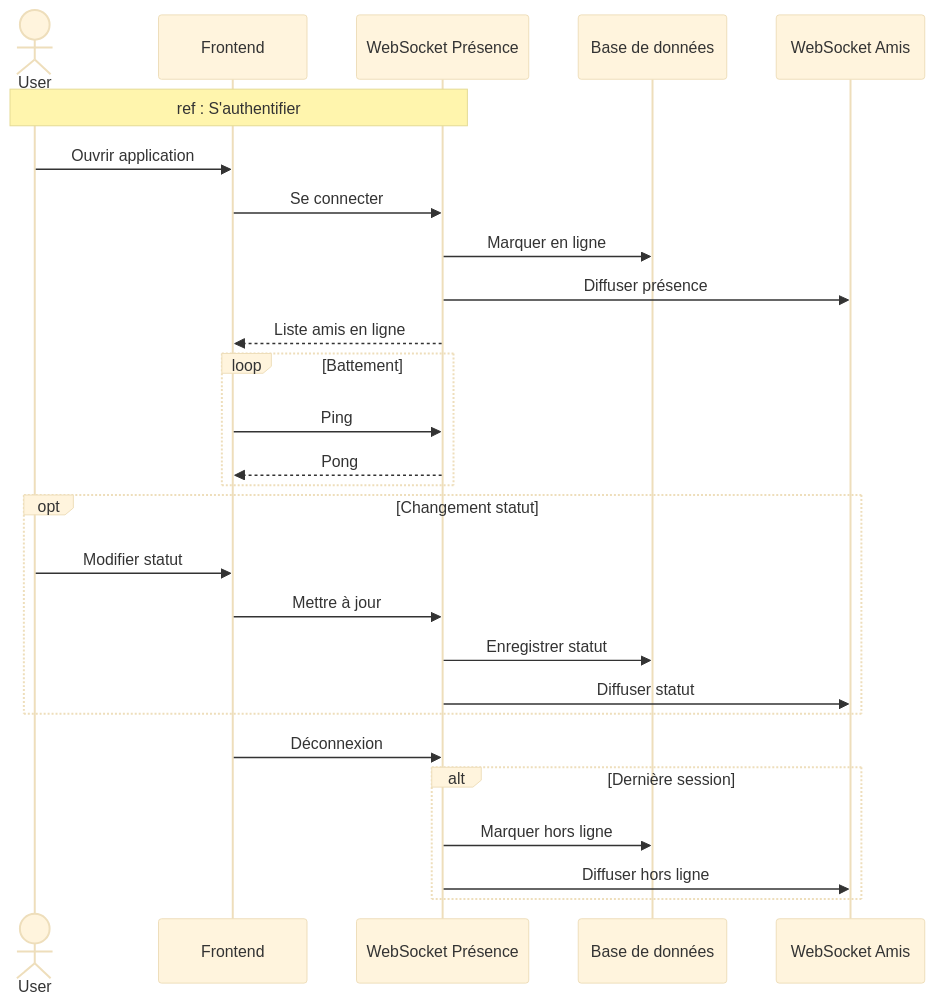
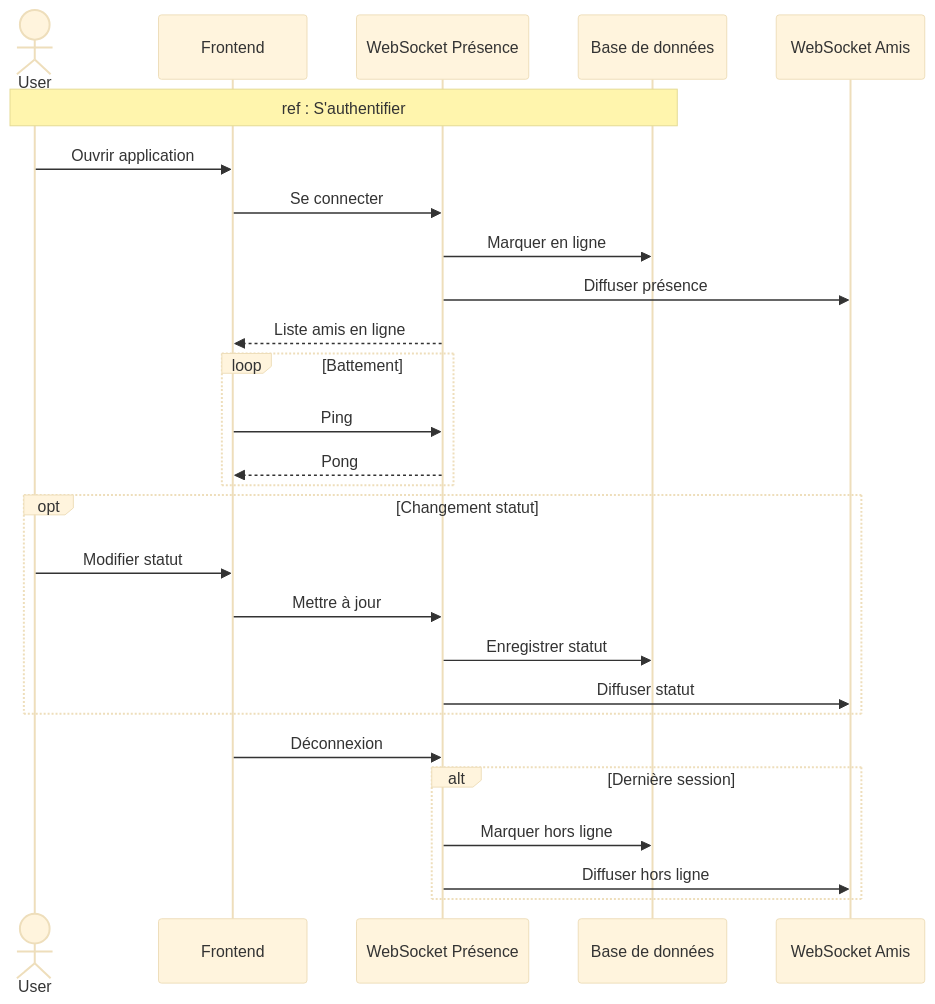
Diagram 16 of 16 in docs/SEQUENCE_DIAGRAMS.md (MohamedChebbi123/teamnest), drawn with Mermaid (base theme) before and after one commit. The commit also changed other lines of this file, not shown here.

````diff
--- a/docs/SEQUENCE_DIAGRAMS.md
+++ b/docs/SEQUENCE_DIAGRAMS.md
@@ -477,34 +477,34 @@
 ```mermaid
 sequenceDiagram
     actor User
     participant FE as Frontend
     participant WS as WebSocket Présence
     participant DB as Base de données
     participant Friends as WebSocket Amis
 
-    Note over User,WS: ref : S'authentifier
+    Note over User,DB: ref : S'authentifier
 
     User->>FE: Ouvrir application
     FE->>WS: Se connecter
     WS->>DB: Marquer en ligne
     WS->>Friends: Diffuser présence
     WS-->>FE: Liste amis en ligne
 
     loop Battement
         FE->>WS: Ping
         WS-->>FE: Pong
     end
 
     opt Changement statut
         User->>FE: Modifier statut
         FE->>WS: Mettre à jour
         WS->>DB: Enregistrer statut
         WS->>Friends: Diffuser statut
     end
 
     FE->>WS: Déconnexion
     alt Dernière session
         WS->>DB: Marquer hors ligne
         WS->>Friends: Diffuser hors ligne
     end
 ```
````
